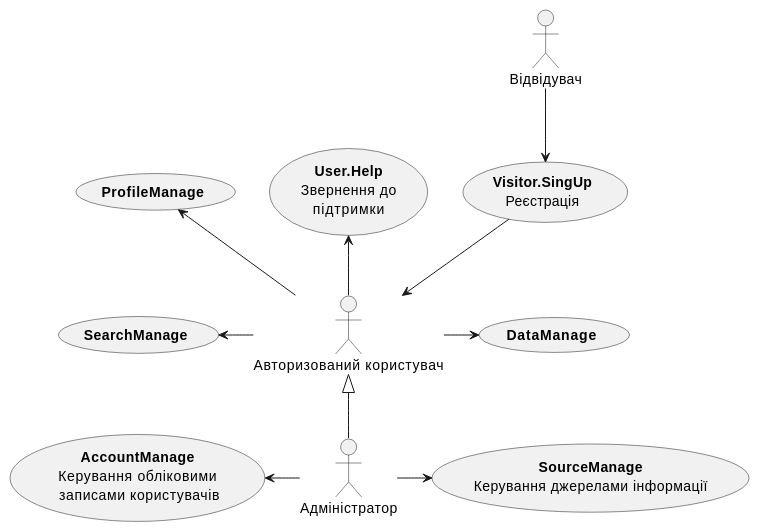
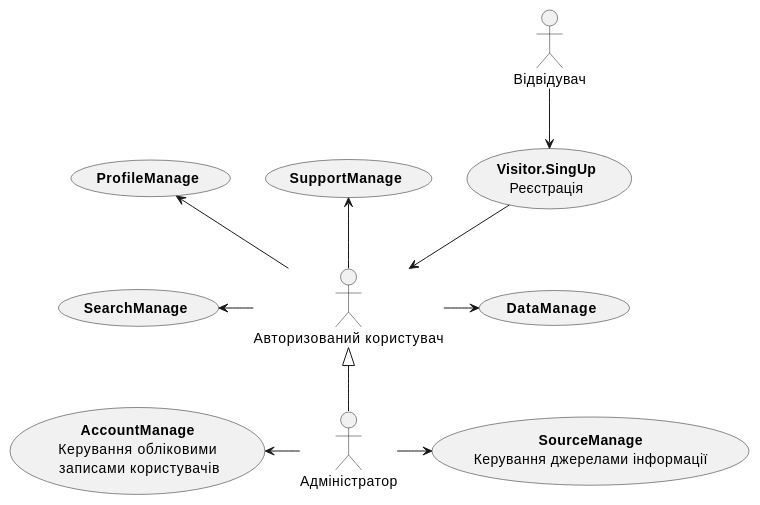
Before and after one commit to nonGratis/retarder-io-23-3: the first of 18 diagrams in docs/use cases/README.md, drawn with PlantUML. The commit also changed other lines of this file, not shown here.

Commit message:
add a generalisation class for User.Help in UC

```diff
--- a/docs/use cases/README.md
+++ b/docs/use cases/README.md
@@ -5,29 +5,29 @@
 @startuml
 
 actor "Відвідувач" as Visitor
 actor "Авторизований користувач" as User
 actor "Адміністратор" as Admin
 
 usecase "<b>Visitor.SingUp</b>\nРеєстрація" as Visitor.SingUp
 
-usecase "<b>User.Help</b>\nЗвернення до\nпідтримки" as User.Help
+usecase "<b>SupportManage</b>" as SupportManage
 usecase "<b>ProfileManage</b>" as ProfileManage
 usecase "<b>SearchManage</b>" as SearchManage
 usecase "<b>DataManage</b>" as DataManage
 
 usecase "<b>AccountManage</b>\nКерування обліковими\n записами користувачів" as ManageAccount
 usecase "<b>SourceManage</b>\nКерування джерелами інформації" as ManageSource
 
 Visitor -d-> Visitor.SingUp
 Visitor.SingUp -d-> User
 Admin -u-|> User
 
-User -u-> User.Help
+User -u-> SupportManage
 User -u-> ProfileManage
 User -l-> SearchManage
 User -r-> DataManage
 
 Admin -l-> ManageAccount
 Admin -r-> ManageSource
 
 @enduml
```
